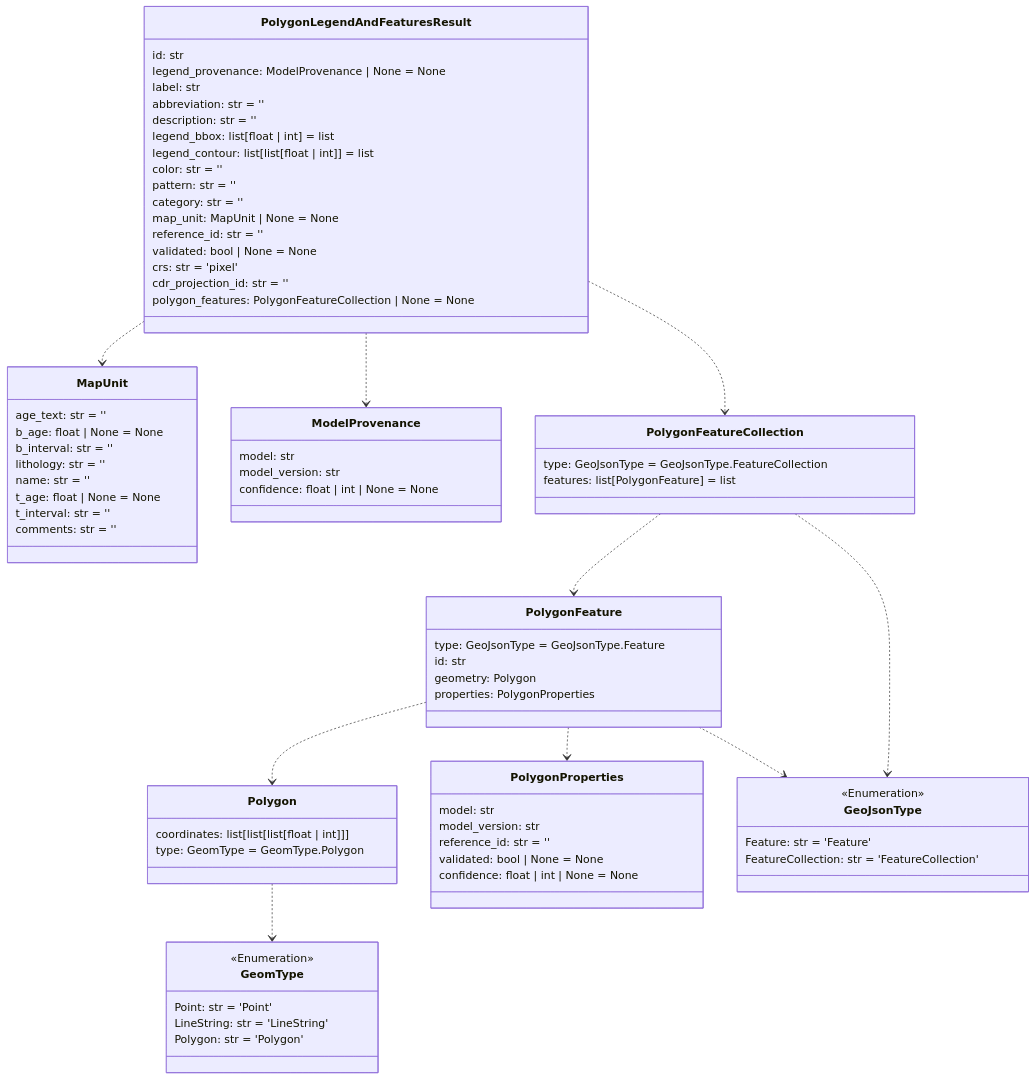
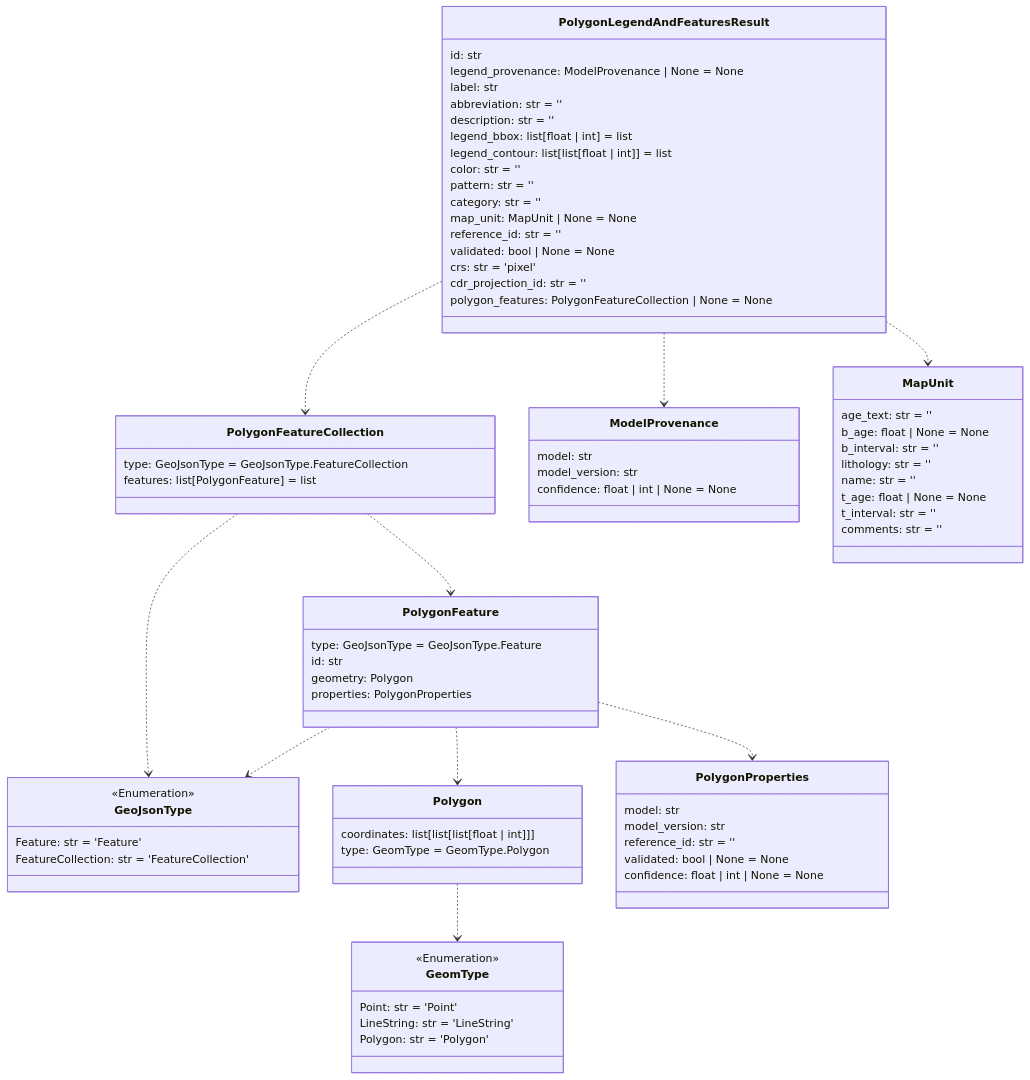
The seventh of 14 diagrams in README.md (DARPA-CRITICALMAAS/cdr_schemas), drawn with Mermaid before and after one commit. The commit also changed other lines of this file and 3 other files, not shown here.

````diff
--- a/README.md
+++ b/README.md
@@ -543,35 +543,15 @@
 ```mermaid
 classDiagram
 
-    class GeomType {
+    class GeoJsonType {
         <<Enumeration>>
-        Point: str = 'Point'
-        LineString: str = 'LineString'
-        Polygon: str = 'Polygon'
+        Feature: str = 'Feature'
+        FeatureCollection: str = 'FeatureCollection'
     }
 
-    class MapUnit {
-        age_text: str = ''
-        b_age: float | None = None
-        b_interval: str = ''
-        lithology: str = ''
-        name: str = ''
-        t_age: float | None = None
-        t_interval: str = ''
-        comments: str = ''
-    }
-
-    class ModelProvenance {
-        model: str
-        model_version: str
-        confidence: float | int | None = None
-    }
-
-    class PolygonFeature {
-        type: GeoJsonType = GeoJsonType.Feature
-        id: str
-        geometry: Polygon
-        properties: PolygonProperties
+    class PolygonFeatureCollection {
+        type: GeoJsonType = GeoJsonType.FeatureCollection
+        features: list[PolygonFeature] = list
     }
 
     class Polygon {
@@ -585,6 +565,13 @@
         reference_id: str = ''
         validated: bool | None = None
         confidence: float | int | None = None
+    }
+
+    class GeomType {
+        <<Enumeration>>
+        Point: str = 'Point'
+        LineString: str = 'LineString'
+        Polygon: str = 'Polygon'
     }
 
     class PolygonLegendAndFeaturesResult {
@@ -606,15 +593,28 @@
         polygon_features: PolygonFeatureCollection | None = None
     }
 
-    class PolygonFeatureCollection {
-        type: GeoJsonType = GeoJsonType.FeatureCollection
-        features: list[PolygonFeature] = list
+    class PolygonFeature {
+        type: GeoJsonType = GeoJsonType.Feature
+        id: str
+        geometry: Polygon
+        properties: PolygonProperties
     }
 
-    class GeoJsonType {
-        <<Enumeration>>
-        Feature: str = 'Feature'
-        FeatureCollection: str = 'FeatureCollection'
+    class ModelProvenance {
+        model: str
+        model_version: str
+        confidence: float | int | None = None
+    }
+
+    class MapUnit {
+        age_text: str = ''
+        b_age: float | None = None
+        b_interval: str = ''
+        lithology: str = ''
+        name: str = ''
+        t_age: float | None = None
+        t_interval: str = ''
+        comments: str = ''
     }
 
     Polygon ..> GeomType
````
